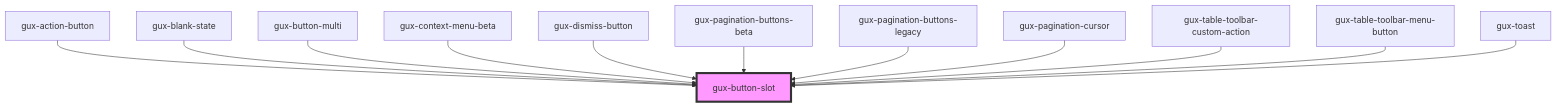
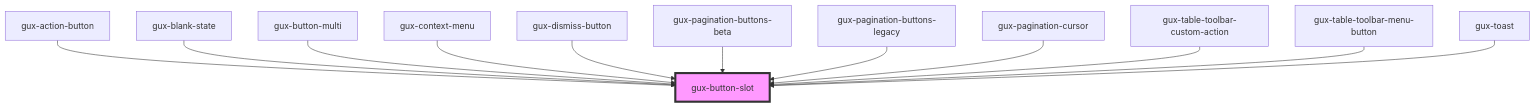
Before and after one commit to MyPureCloud/genesys-spark: the diagram in packages/genesys-spark-components/src/components/stable/gux-button-slot/readme.md, drawn with Mermaid. The commit also changed other lines of this file and 12 other files, not shown here.

````diff
--- a/packages/genesys-spark-components/src/components/stable/gux-button-slot/readme.md
+++ b/packages/genesys-spark-components/src/components/stable/gux-button-slot/readme.md
@@ -36,15 +36,15 @@
 ```mermaid
 graph TD;
   gux-action-button --> gux-button-slot
   gux-blank-state --> gux-button-slot
   gux-button-multi --> gux-button-slot
-  gux-context-menu-beta --> gux-button-slot
+  gux-context-menu --> gux-button-slot
   gux-dismiss-button --> gux-button-slot
   gux-pagination-buttons-beta --> gux-button-slot
   gux-pagination-buttons-legacy --> gux-button-slot
   gux-pagination-cursor --> gux-button-slot
   gux-table-toolbar-custom-action --> gux-button-slot
   gux-table-toolbar-menu-button --> gux-button-slot
   gux-toast --> gux-button-slot
   style gux-button-slot fill:#f9f,stroke:#333,stroke-width:4px
 ```
````
